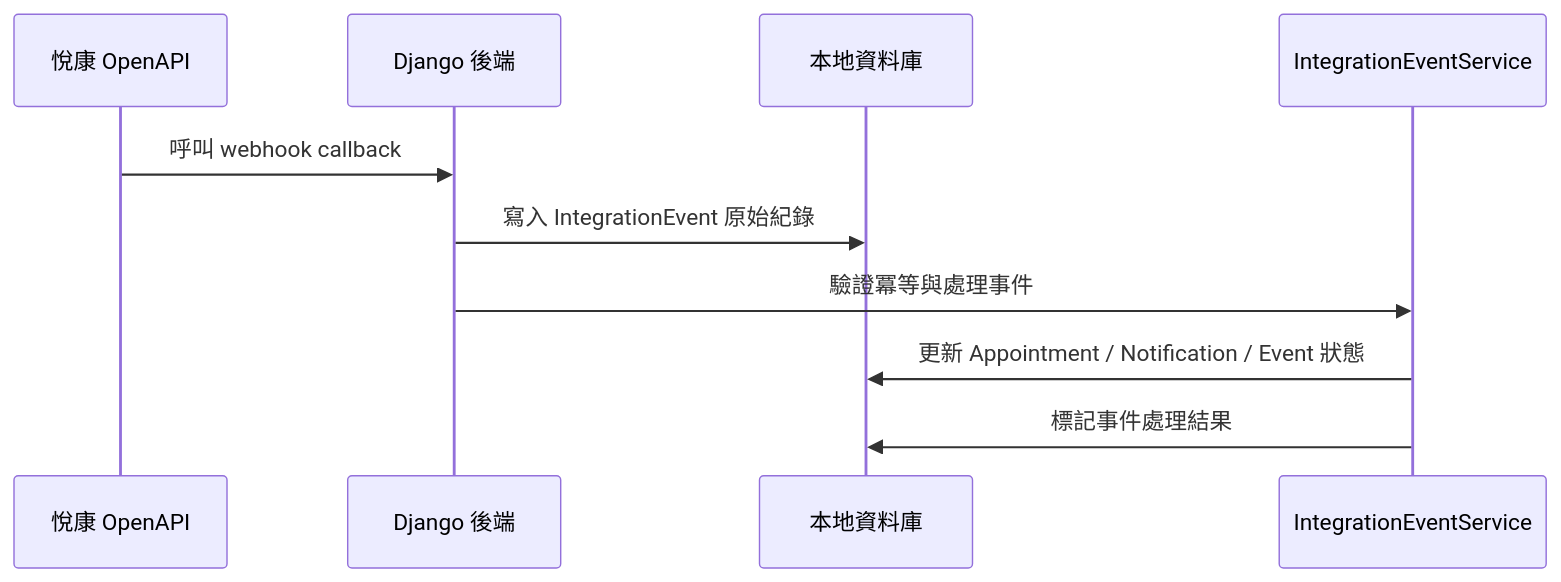
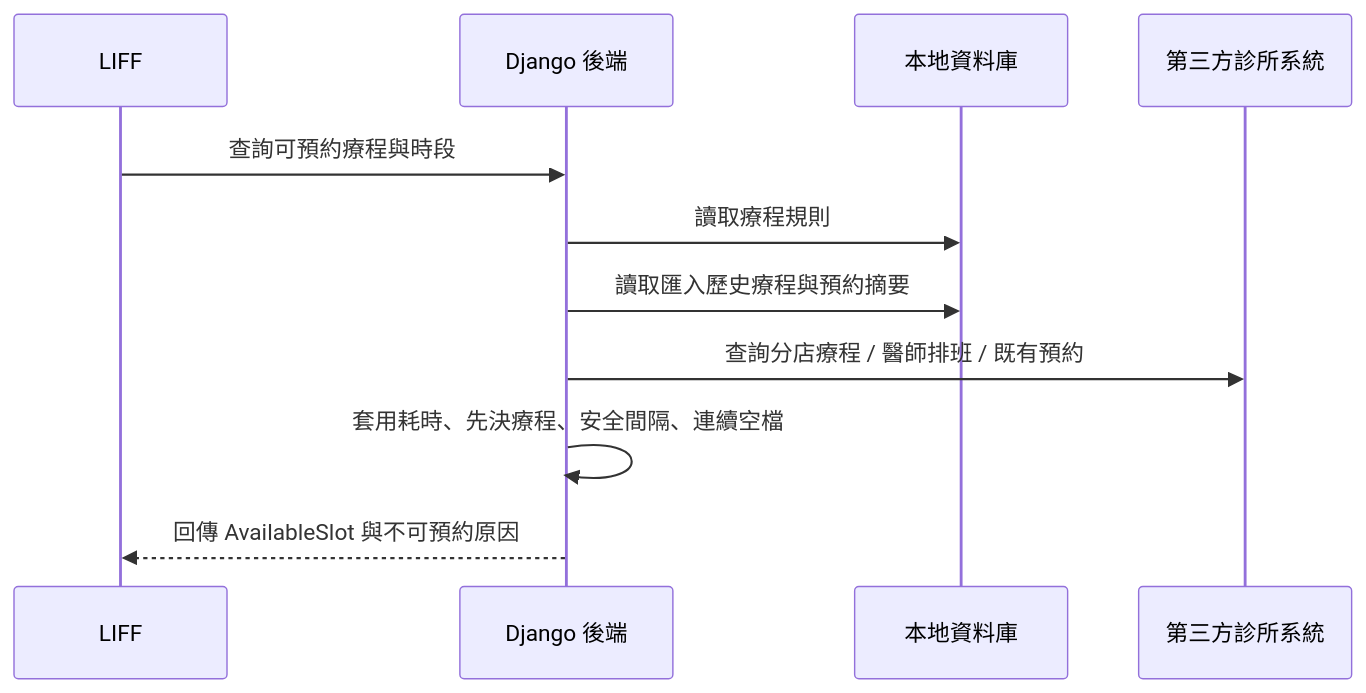
One commit to AlvinAYYE/case0003_temp changed the fifth of 7 diagrams in docs/high-level-design.md. Above: the diagram before and after it, drawn with Mermaid. The commit also changed other lines of this file and 18 other files, not shown here.

````diff
--- a/docs/high-level-design.md
+++ b/docs/high-level-design.md
@@ -415,13 +476,14 @@
 ```mermaid
 sequenceDiagram
-    participant Y as 悅康 OpenAPI
+    participant W as LIFF
     participant B as Django 後端
     participant DB as 本地資料庫
-    participant S as IntegrationEventService
+    participant C as 第三方診所系統
 
-    Y->>B: 呼叫 webhook callback
-    B->>DB: 寫入 IntegrationEvent 原始紀錄
-    B->>S: 驗證冪等與處理事件
-    S->>DB: 更新 Appointment / Notification / Event 狀態
-    S->>DB: 標記事件處理結果
+    W->>B: 查詢可預約療程與時段
+    B->>DB: 讀取療程規則
+    B->>DB: 讀取匯入歷史療程與預約摘要
+    B->>C: 查詢分店療程 / 醫師排班 / 既有預約
+    B->>B: 套用耗時、先決療程、安全間隔、連續空檔
+    B-->>W: 回傳 AvailableSlot 與不可預約原因
 ```
````
